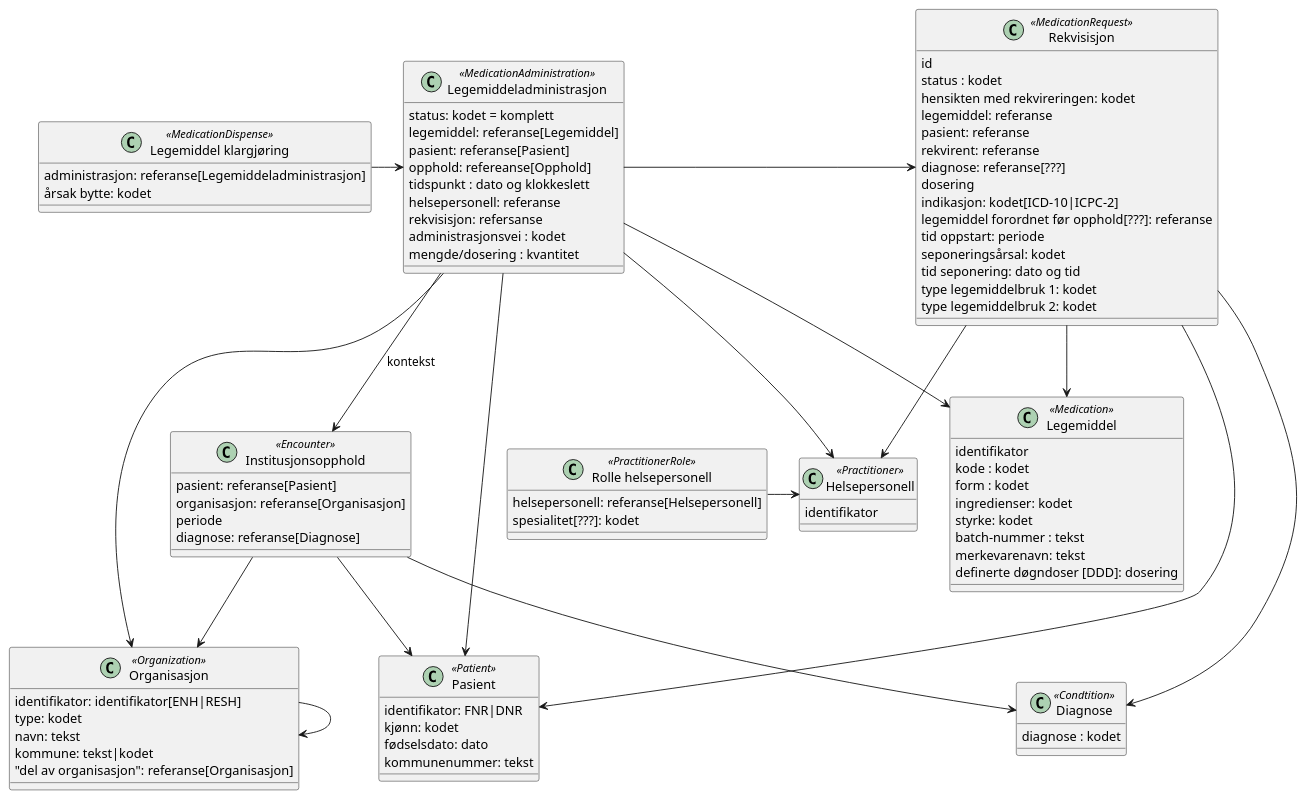
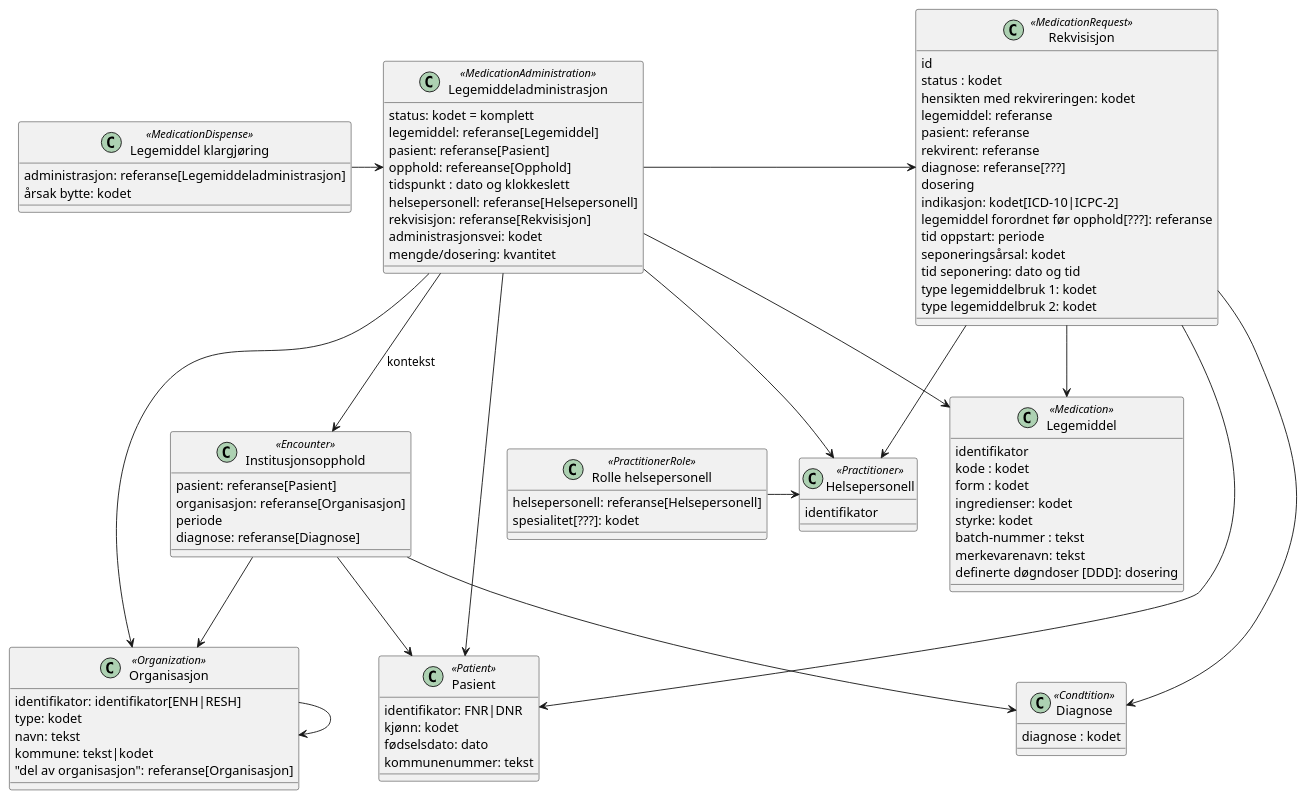
The diagram in modeller/informasjonsmodell-test.plantuml (HL7Norway/LMDI), drawn with PlantUML before and after one commit. The commit also changed 1 other file, not shown here.

```diff
--- a/modeller/informasjonsmodell-test.plantuml
+++ b/modeller/informasjonsmodell-test.plantuml
@@ -1,105 +1,105 @@
 @startuml
 
 class Pasient <<Patient>> {
    identifikator: FNR|DNR
    kjønn: kodet
    fødselsdato: dato
    kommunenummer: tekst 
 }
 class Legemiddeladministrasjon <<MedicationAdministration>> {
    status: kodet = komplett
    legemiddel: referanse[Legemiddel]
    pasient: referanse[Pasient]
    opphold: refereanse[Opphold]
    tidspunkt : dato og klokkeslett
-   helsepersonell: referanse
-   rekvisisjon: refersanse
-   administrasjonsvei : kodet
-   mengde/dosering : kvantitet
+   helsepersonell: referanse[Helsepersonell]
+   rekvisisjon: referanse[Rekvisisjon]
+   administrasjonsvei: kodet
+   mengde/dosering: kvantitet
 }
 
 Legemiddeladministrasjon -> Legemiddel 
 Legemiddeladministrasjon --> Pasient
 Legemiddeladministrasjon --> Helsepersonell
 Legemiddeladministrasjon --> Organisasjon
 Legemiddeladministrasjon -> Rekvisisjon
 Legemiddeladministrasjon --> Institusjonsopphold : kontekst
 
 class Legemiddel <<Medication>> {
    identifikator
    kode : kodet
    form : kodet
    ingredienser: kodet
    styrke: kodet
    batch-nummer : tekst
    merkevarenavn: tekst
    definerte døgndoser [DDD]: dosering
 }
 
 class Helsepersonell <<Practitioner>> {
    identifikator
 }
 class Organisasjon <<Organization>> {
    identifikator: identifikator[ENH|RESH]
    type: kodet
    navn: tekst
    kommune: tekst|kodet
    "del av organisasjon": referanse[Organisasjon]
 }
 
 Organisasjon --> Organisasjon
 
 class Institusjonsopphold <<Encounter>> {
     pasient: referanse[Pasient]
     organisasjon: referanse[Organisasjon]
     periode
     diagnose: referanse[Diagnose]
 }
 
 Institusjonsopphold --> Pasient
 Institusjonsopphold --> Organisasjon
 Institusjonsopphold --> Diagnose
 
 class Diagnose <<Condtition>> {
    diagnose : kodet
 }
 
 class Rekvisisjon <<MedicationRequest>> {
     id
     status : kodet
     hensikten med rekvireringen: kodet
     legemiddel: referanse
     pasient: referanse
     rekvirent: referanse
     diagnose: referanse[???]
     dosering
     indikasjon: kodet[ICD-10|ICPC-2]
     legemiddel forordnet før opphold[???]: referanse
     tid oppstart: periode
     seponeringsårsal: kodet
     tid seponering: dato og tid
     type legemiddelbruk 1: kodet
     type legemiddelbruk 2: kodet
 }
 
 Rekvisisjon --> Diagnose
 Rekvisisjon --> Legemiddel
 Rekvisisjon --> Pasient
 Rekvisisjon --> Helsepersonell
 
 class "Legemiddel klargjøring" <<MedicationDispense>> {
     administrasjon: referanse[Legemiddeladministrasjon]
     årsak bytte: kodet
 } 
 
 "Legemiddel klargjøring" -> Legemiddeladministrasjon
 
 class "Rolle helsepersonell" <<PractitionerRole>> {
     helsepersonell: referanse[Helsepersonell]
     spesialitet[???]: kodet
 }
 
 "Rolle helsepersonell" -> Helsepersonell
 
 
 @enduml
```
